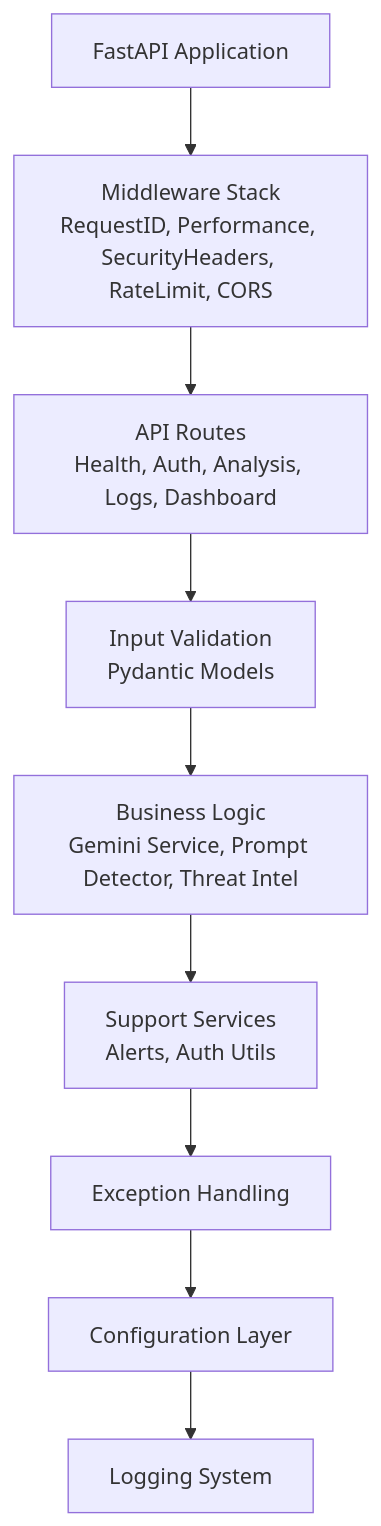
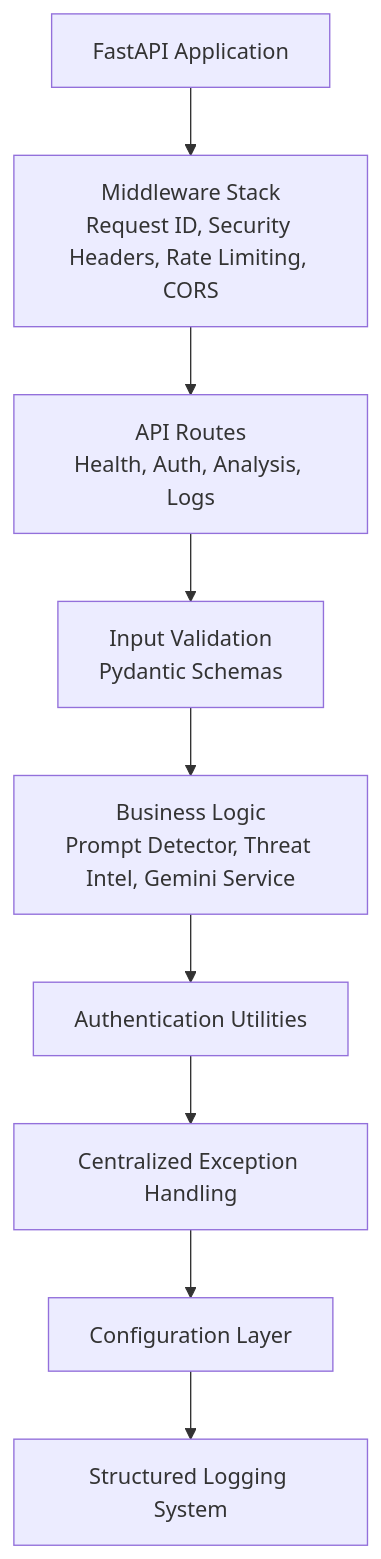
One commit to SabarishR08/llm-prompt-security-middleware changed the third of 8 diagrams in docs/ARCHITECTURE.md. Above: the diagram before and after it, drawn with Mermaid. The commit also changed other lines of this file, not shown here.

````diff
--- a/docs/ARCHITECTURE.md
+++ b/docs/ARCHITECTURE.md
@@ -36,11 +40,11 @@
 ```mermaid
 flowchart TD
-    A[FastAPI Application] --> B[Middleware Stack<br/>RequestID, Performance, SecurityHeaders, RateLimit, CORS]
-    B --> C[API Routes<br/>Health, Auth, Analysis, Logs, Dashboard]
-    C --> D[Input Validation<br/>Pydantic Models]
-    D --> E[Business Logic<br/>Gemini Service, Prompt Detector, Threat Intel]
-    E --> F[Support Services<br/>Alerts, Auth Utils]
-    F --> G[Exception Handling]
+    A[FastAPI Application] --> B[Middleware Stack<br/>Request ID, Security Headers, Rate Limiting, CORS]
+    B --> C[API Routes<br/>Health, Auth, Analysis, Logs]
+    C --> D[Input Validation<br/>Pydantic Schemas]
+    D --> E[Business Logic<br/>Prompt Detector, Threat Intel, Gemini Service]
+    E --> F[Authentication Utilities]
+    F --> G[Centralized Exception Handling]
     G --> H[Configuration Layer]
-    H --> I[Logging System]
+    H --> I[Structured Logging System]
 ```
````
